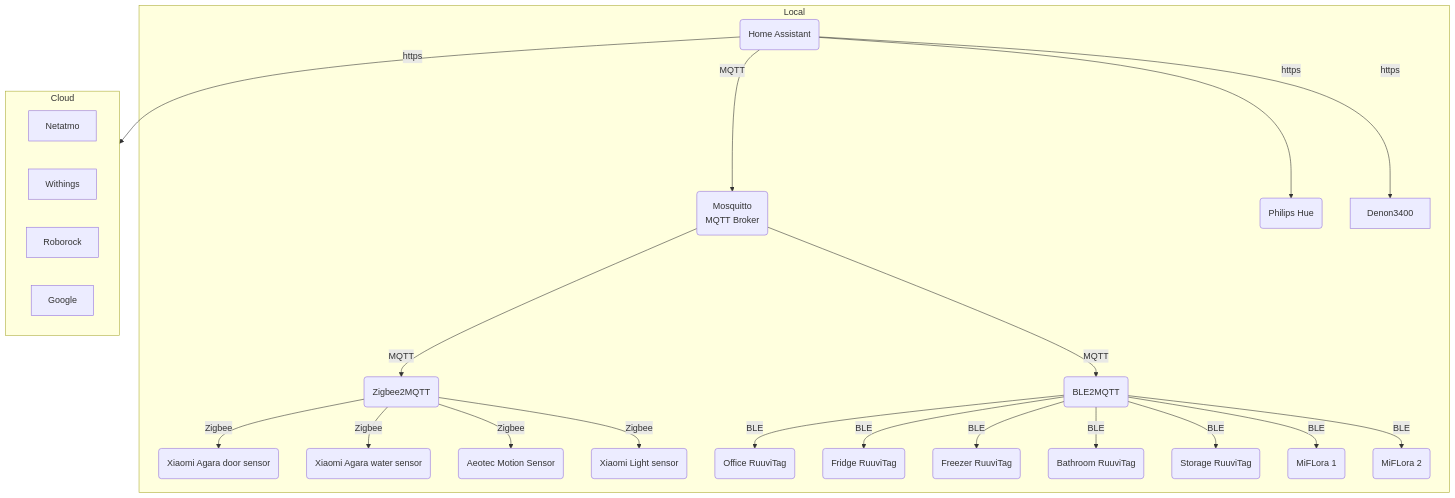
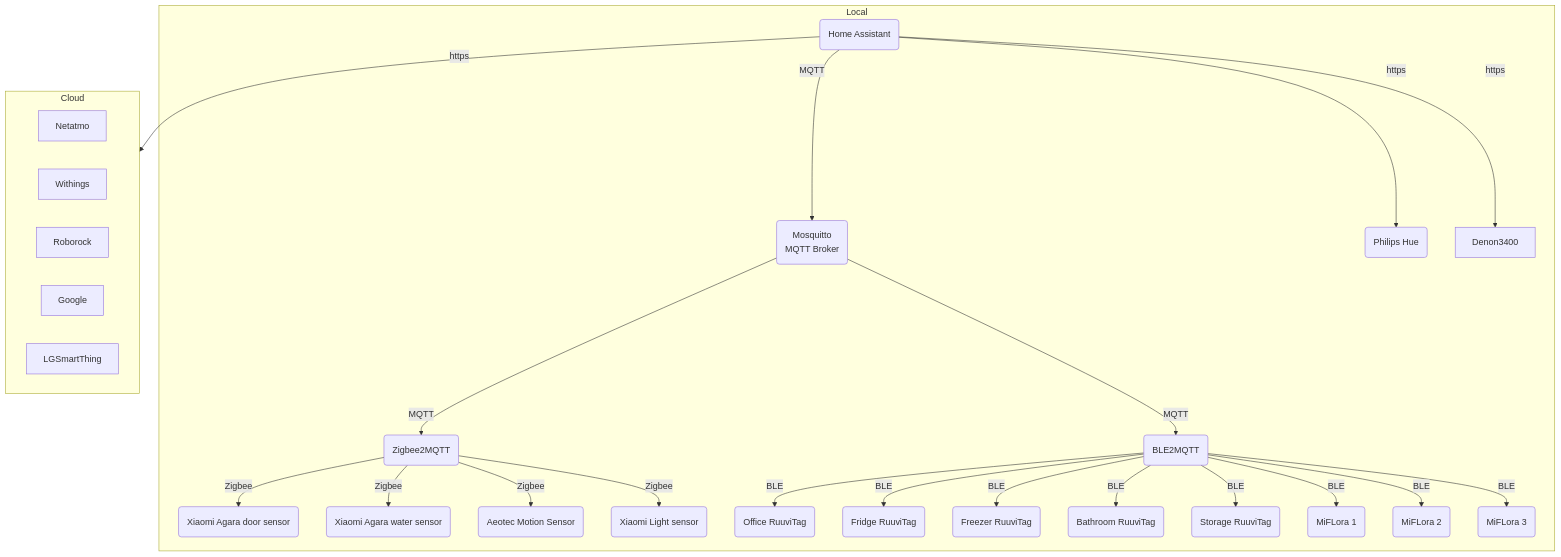
The third of 3 diagrams in docs/network.md (lordthorzonus/homelab-provisioning), drawn with Mermaid before and after one commit. The commit also changed other lines of this file, not shown here.

````diff
--- a/docs/network.md
+++ b/docs/network.md
@@ -110,38 +120,40 @@
 ```mermaid
 flowchart TD
 
     subgraph Local
     ha1(Home Assistant) -- MQTT --> cont2(Mosquitto <br> MQTT Broker)  
     cont2 -- MQTT --> cont1(Zigbee2MQTT)
     
     cont1-- Zigbee -->device1(Xiaomi Agara door sensor)
     cont1-- Zigbee -->device2(Xiaomi Agara water sensor)
     cont1-- Zigbee -->device3(Aeotec Motion Sensor)
     cont1-- Zigbee -->device4(Xiaomi Light sensor)
     
     cont2 -- MQTT -->cont3(BLE2MQTT)
     
     cont3-- BLE -->ruuvi1(Office RuuviTag)
     cont3-- BLE -->ruuvi2(Fridge RuuviTag)
     cont3-- BLE -->ruuvi3(Freezer RuuviTag)
     cont3-- BLE -->ruuvi4(Bathroom RuuviTag)
     cont3-- BLE -->ruuvi5(Storage RuuviTag)
     
     
     cont3-- BLE -->miflora1(MiFLora 1)
     cont3-- BLE -->miflora2(MiFLora 2)
-    
+    cont3-- BLE -->miflora3(MiFLora 3)
+
     ha1 -- https --> hue(Philips Hue)
     ha1 -- https --> Denon3400
     end
     
     subgraph Cloud
         Netatmo
         Withings
         Roborock
         Google
+        LGSmartThing
     end
     
     ha1 -- https --> Cloud
     
 ```
````
